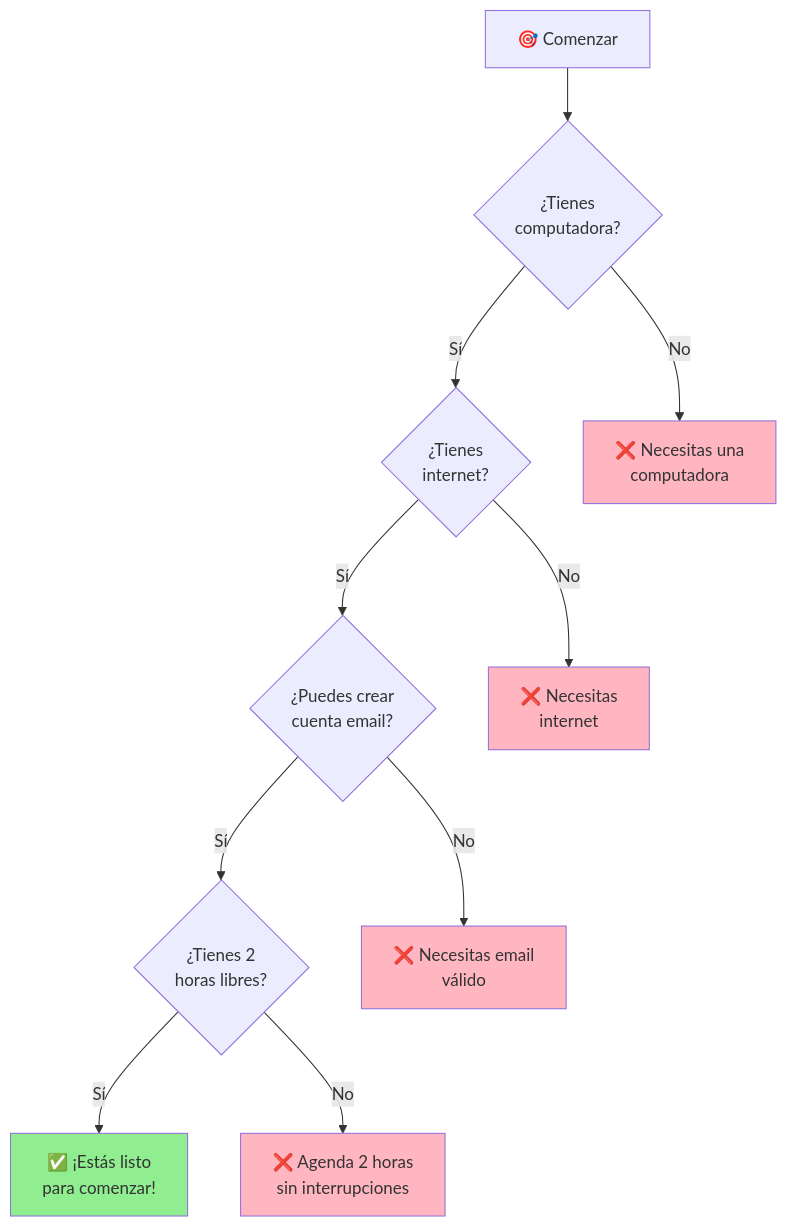
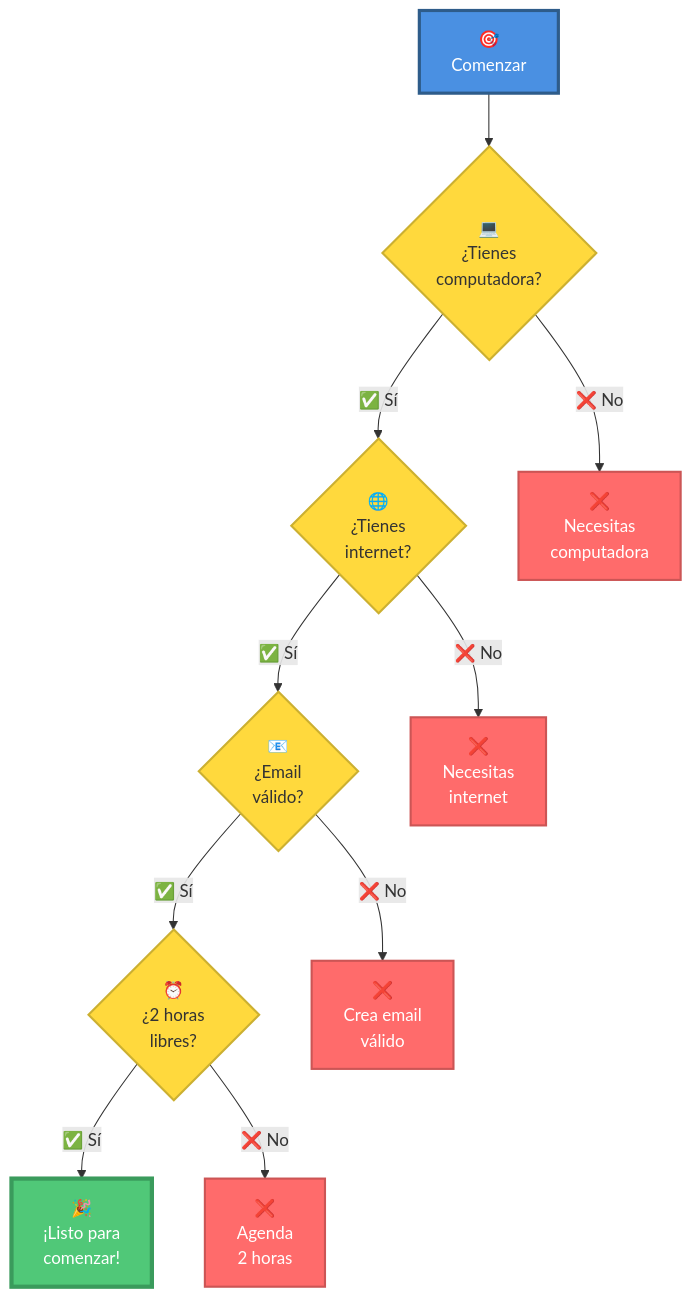
The third of 12 diagrams in courses/🟡-development/FPUNA-2026/00-FUNDAMENTOS-PRINCIPALES/01-configuracion-stack-ia.md (Ai-Whisperers/Courses-Content), drawn with Mermaid before and after one commit. The commit also changed other lines of this file, not shown here.

First line of the commit message:
Replace Claude/Anthropic with OpenCode+Zen and improve all Mermaid diagrams

````diff
--- a/courses/🟡-development/FPUNA-2026/00-FUNDAMENTOS-PRINCIPALES/01-configuracion-stack-ia.md
+++ b/courses/🟡-development/FPUNA-2026/00-FUNDAMENTOS-PRINCIPALES/01-configuracion-stack-ia.md
@@ -79,21 +79,26 @@
 ```mermaid
 flowchart TD
-    Start[🎯 Comenzar] --> Check1{¿Tienes<br/>computadora?}
-    Check1 -->|Sí| Check2{¿Tienes<br/>internet?}
-    Check1 -->|No| Stop1[❌ Necesitas una<br/>computadora]
+    Start["🎯<br/>Comenzar"] --> Check1{"💻<br/>¿Tienes<br/>computadora?"}
+    Check1 -->|"✅ Sí"| Check2{"🌐<br/>¿Tienes<br/>internet?"}
+    Check1 -->|"❌ No"| Stop1["❌<br/>Necesitas<br/>computadora"]
     
-    Check2 -->|Sí| Check3{¿Puedes crear<br/>cuenta email?}
-    Check2 -->|No| Stop2[❌ Necesitas<br/>internet]
+    Check2 -->|"✅ Sí"| Check3{"📧<br/>¿Email<br/>válido?"}
+    Check2 -->|"❌ No"| Stop2["❌<br/>Necesitas<br/>internet"]
     
-    Check3 -->|Sí| Check4{¿Tienes 2<br/>horas libres?}
-    Check3 -->|No| Stop3[❌ Necesitas email<br/>válido]
+    Check3 -->|"✅ Sí"| Check4{"⏰<br/>¿2 horas<br/>libres?"}
+    Check3 -->|"❌ No"| Stop3["❌<br/>Crea email<br/>válido"]
     
-    Check4 -->|Sí| Ready[✅ ¡Estás listo<br/>para comenzar!]
-    Check4 -->|No| Stop4[❌ Agenda 2 horas<br/>sin interrupciones]
+    Check4 -->|"✅ Sí"| Ready["🎉<br/>¡Listo para<br/>comenzar!"]
+    Check4 -->|"❌ No"| Stop4["❌<br/>Agenda<br/>2 horas"]
     
-    style Ready fill:#90EE90
-    style Stop1 fill:#FFB6C1
-    style Stop2 fill:#FFB6C1
-    style Stop3 fill:#FFB6C1
-    style Stop4 fill:#FFB6C1
+    style Start fill:#4A90E2,stroke:#2E5C8A,stroke-width:3px,color:#fff
+    style Ready fill:#50C878,stroke:#3A9B5C,stroke-width:4px,color:#fff
+    style Stop1 fill:#FF6B6B,stroke:#CC5555,stroke-width:2px,color:#fff
+    style Stop2 fill:#FF6B6B,stroke:#CC5555,stroke-width:2px,color:#fff
+    style Stop3 fill:#FF6B6B,stroke:#CC5555,stroke-width:2px,color:#fff
+    style Stop4 fill:#FF6B6B,stroke:#CC5555,stroke-width:2px,color:#fff
+    style Check1 fill:#FFD93D,stroke:#CCB031,stroke-width:2px,color:#333
+    style Check2 fill:#FFD93D,stroke:#CCB031,stroke-width:2px,color:#333
+    style Check3 fill:#FFD93D,stroke:#CCB031,stroke-width:2px,color:#333
+    style Check4 fill:#FFD93D,stroke:#CCB031,stroke-width:2px,color:#333
 ```
````
